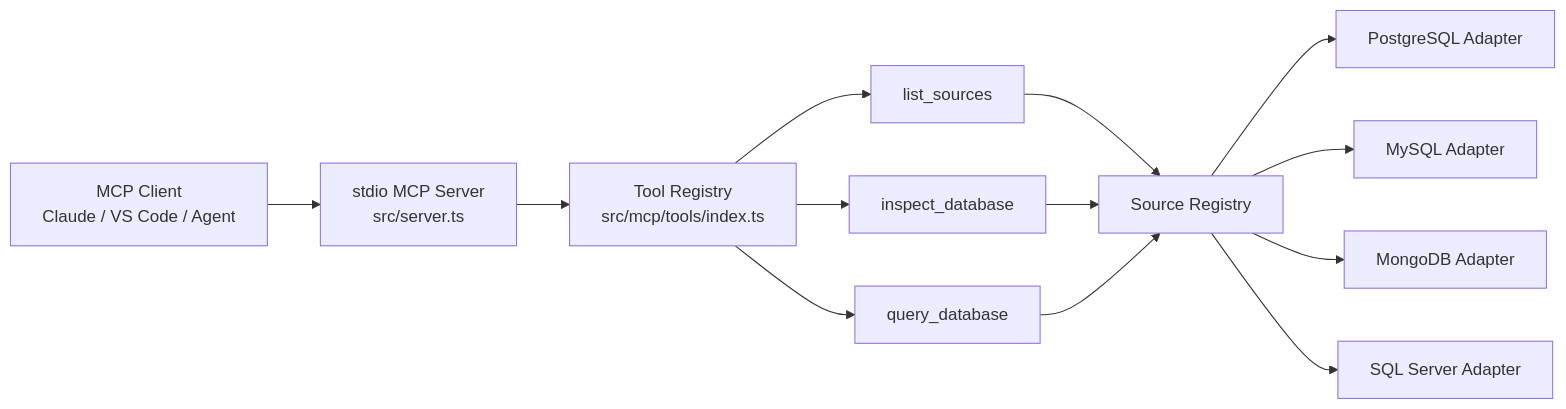
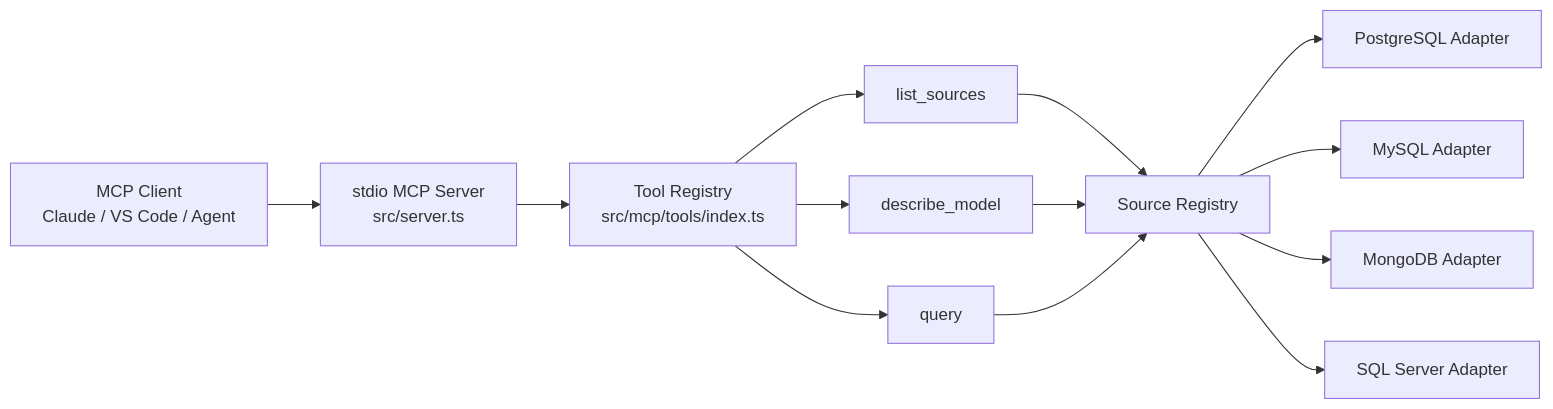
One commit to navid1111/data-store-mcp changed the first of 2 diagrams in README.md. Above: the diagram before and after it, drawn with Mermaid. The commit also changed other lines of this file and 9 other files, not shown here.

````diff
--- a/README.md
+++ b/README.md
@@ -29,18 +29,18 @@
 ```mermaid
 flowchart LR
     A[MCP Client
 Claude / VS Code / Agent] --> B[stdio MCP Server
 src/server.ts]
     B --> C[Tool Registry
 src/mcp/tools/index.ts]
     C --> D[list_sources]
-    C --> E[inspect_database]
-    C --> F[query_database]
+    C --> E[describe_model]
+    C --> F[query]
     D --> G[Source Registry]
     E --> G
     F --> G
     G --> H[PostgreSQL Adapter]
     G --> I[MySQL Adapter]
     G --> J[MongoDB Adapter]
     G --> K[SQL Server Adapter]
 ```
````
